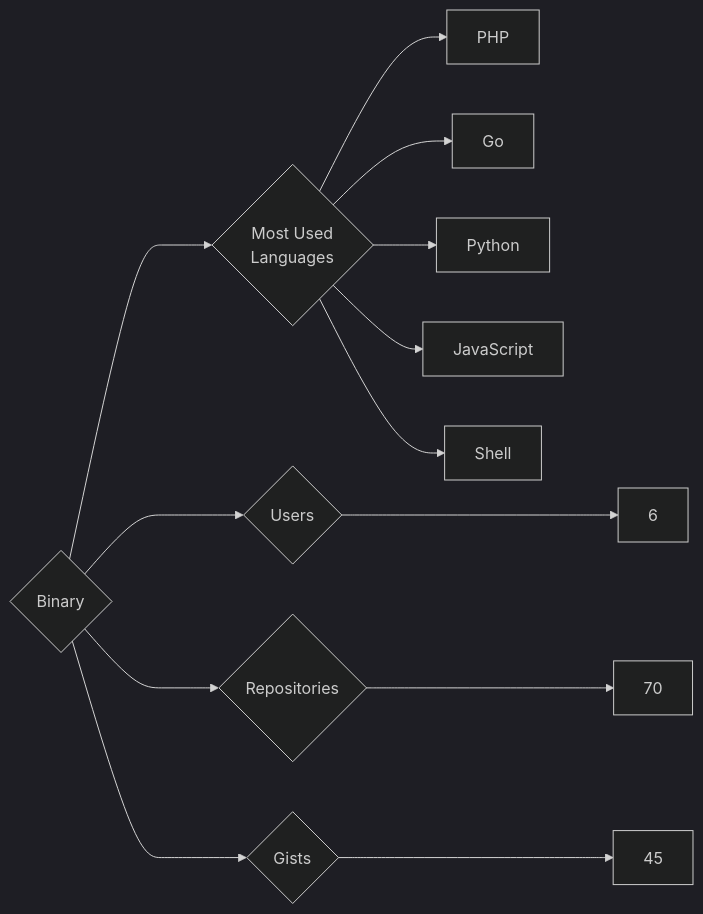
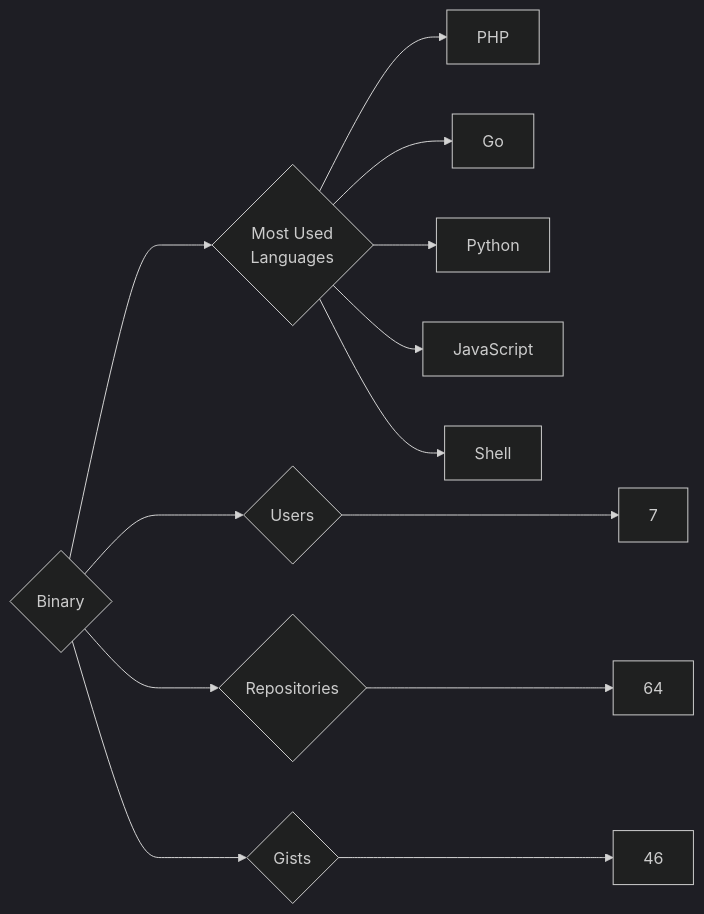
Before and after one commit to trickest/insiders: the diagram in targets/Binary/README.md, drawn with Mermaid (dark theme). The commit also changed 1055 other files, not shown here.

````diff
--- a/targets/Binary/README.md
+++ b/targets/Binary/README.md
@@ -3,13 +3,13 @@
 ```mermaid
 graph LR
 COMPANY_NAME{Binary}
-COMPANY_NAME ---> U{Users} ---> UN[6]
-COMPANY_NAME ---> R{Repositories} ---> RN[70]
-COMPANY_NAME ---> G{Gists} ---> GN[45]
+COMPANY_NAME ---> U{Users} ---> UN[7]
+COMPANY_NAME ---> R{Repositories} ---> RN[64]
+COMPANY_NAME ---> G{Gists} ---> GN[46]
 COMPANY_NAME ---> ML{Most Used<br>Languages}
 ML --> PHP[PHP]
 ML --> Go[Go]
 ML --> Python[Python]
 ML --> JavaScript[JavaScript]
 ML --> Shell[Shell]
 ```
````
